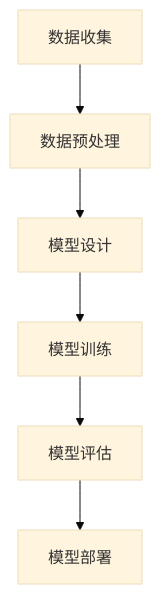
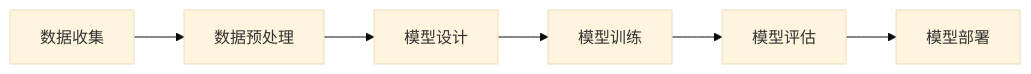
Before and after one commit to liehuf/liehuf-notes: the diagram in docs/03.DP/00.深度学习的基本原理.md, drawn with Mermaid (base theme). The commit also changed other lines of this file, not shown here.

Commit message:
改变流程图

````diff
--- a/docs/03.DP/00.深度学习的基本原理.md
+++ b/docs/03.DP/00.深度学习的基本原理.md
@@ -28,8 +28,8 @@
 ```mermaid
-flowchart TD
+flowchart LR
 	A[数据收集] --> B[数据预处理]
 	B --> C[模型设计]
 	C --> D[模型训练]
 	D --> E[模型评估]
 	E --> F[模型部署]
 ```
````
